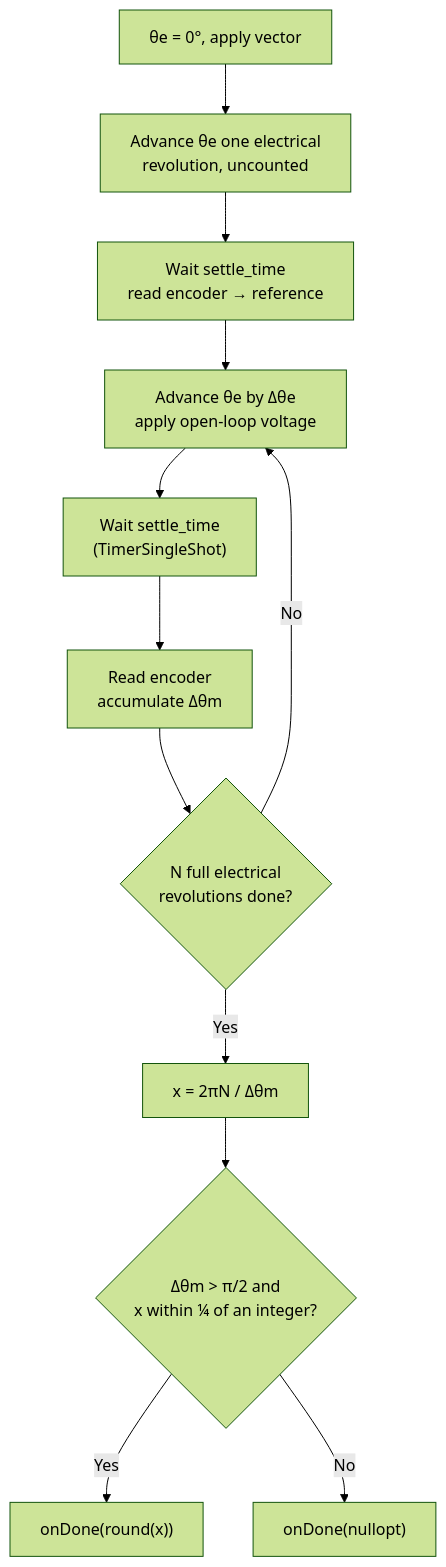
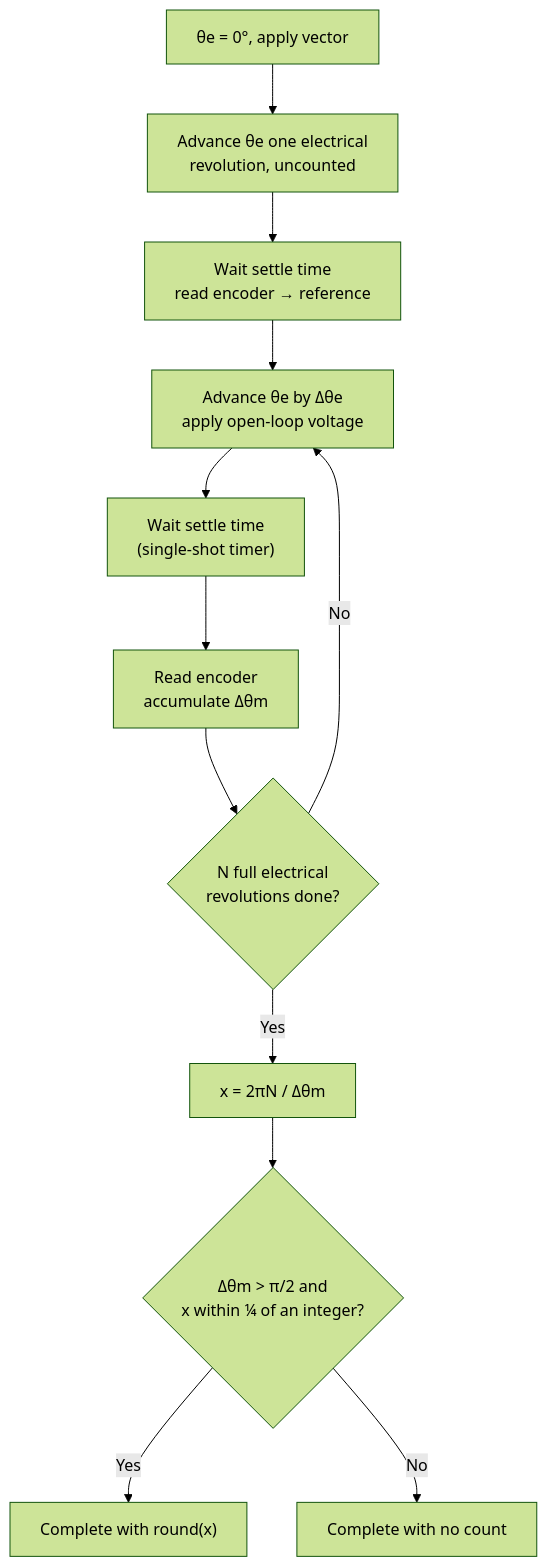
One commit to embedded-pro/e-foc changed the fifth of 5 diagrams in documentation/design/service-electrical-ident.md. Above: the diagram before and after it, drawn with Mermaid (forest theme). The commit also changed other lines of this file and 37 other files, not shown here.

````diff
--- a/documentation/design/service-electrical-ident.md
+++ b/documentation/design/service-electrical-ident.md
@@ -293,14 +305,14 @@
 ```mermaid
 flowchart TD
     START["θe = 0°, apply vector"] --> LEAD["Advance θe one electrical\nrevolution, uncounted"]
-    LEAD --> REF["Wait settle_time\nread encoder → reference"]
+    LEAD --> REF["Wait settle time\nread encoder → reference"]
     REF --> STEP["Advance θe by Δθe\napply open-loop voltage"]
-    STEP --> SETTLE["Wait settle_time\n(TimerSingleShot)"]
+    STEP --> SETTLE["Wait settle time\n(single-shot timer)"]
     SETTLE --> READ["Read encoder\naccumulate Δθm"]
     READ --> CHECK{"N full electrical\nrevolutions done?"}
     CHECK -->|No| STEP
     CHECK -->|Yes| CALC["x = 2πN / Δθm"]
     CALC --> VALID{"Δθm > π/2 and\nx within ¼ of an integer?"}
-    VALID -->|Yes| CB_OK["onDone(round(x))"]
-    VALID -->|No| CB_FAIL["onDone(nullopt)"]
+    VALID -->|Yes| CB_OK["Complete with round(x)"]
+    VALID -->|No| CB_FAIL["Complete with no count"]
 ```
````
